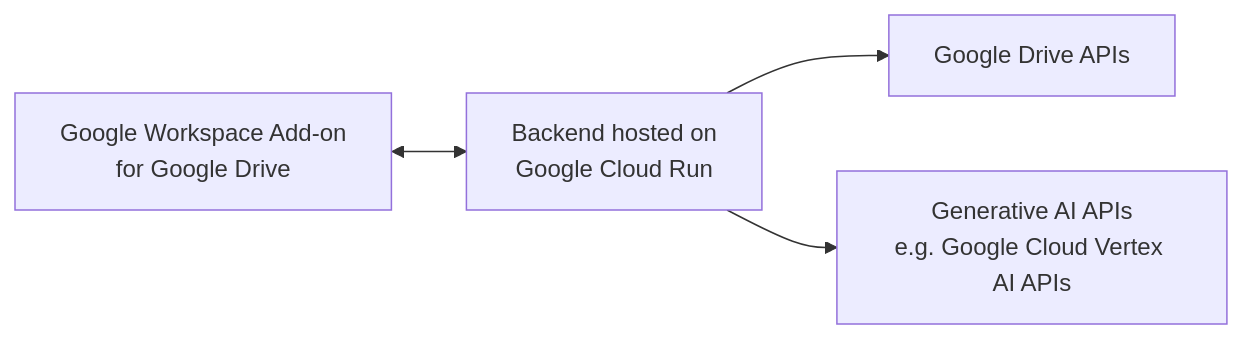
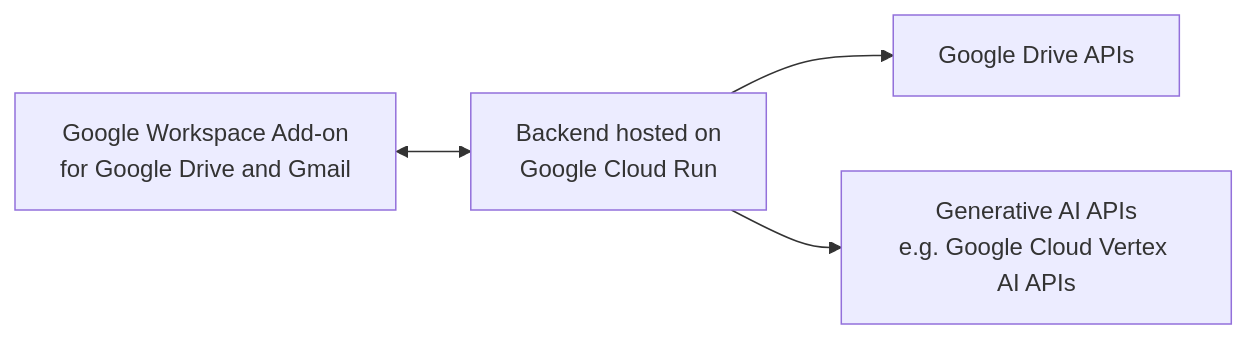
The diagram in README.md (googleworkspace/gws-genai-addon-sample), drawn with Mermaid before and after one commit.

Commit message:
docs: diagram fix (#19)
* docs: fixed Vertex AI instructions

* docs: fixed README

* docs: updated diagram

````diff
--- a/README.md
+++ b/README.md
@@ -7,6 +7,6 @@
 ```mermaid
 flowchart LR
-    A[Google Workspace Add-on\nfor Google Drive]<-->B[Backend hosted on\nGoogle Cloud Run]
+    A[Google Workspace Add-on\nfor Google Drive and Gmail]<-->B[Backend hosted on\nGoogle Cloud Run]
     B-->C[Google Drive APIs]
     B-->D[Generative AI APIs\ne.g. Google Cloud Vertex AI APIs]
 ```
````
